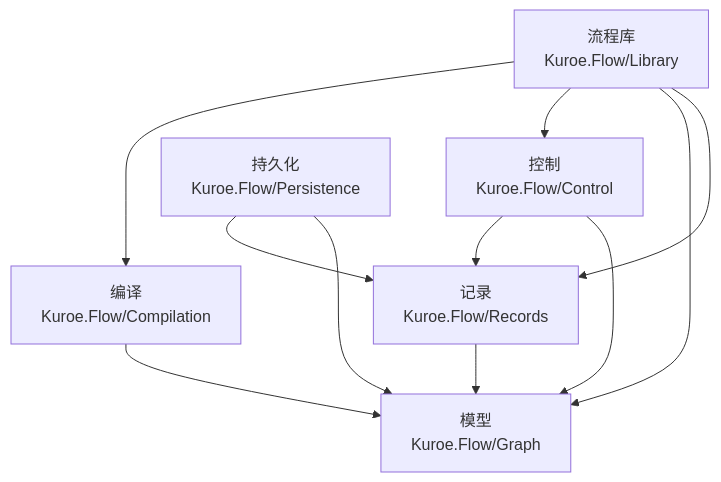
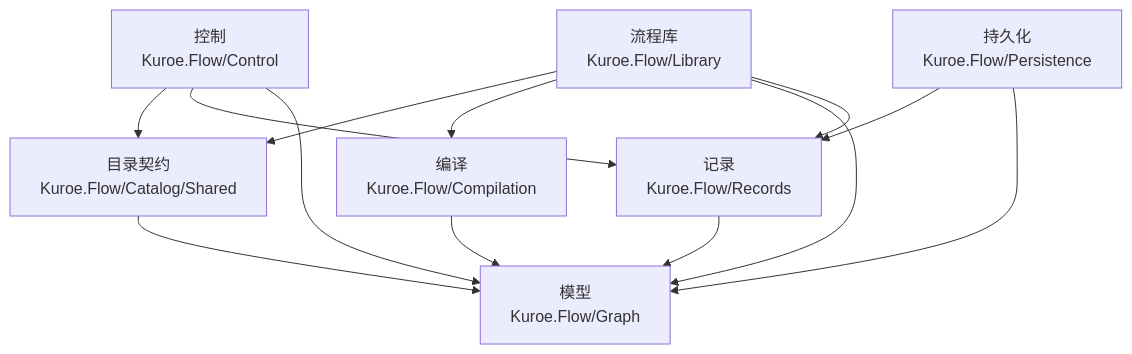
Before and after one commit to DrMelt/Kuroe: the diagram in docs/dev/architecture/functional-boundary/flow/graph/index.md, drawn with Mermaid. The commit also changed other lines of this file and 19 other files, not shown here.

````diff
--- a/docs/dev/architecture/functional-boundary/flow/graph/index.md
+++ b/docs/dev/architecture/functional-boundary/flow/graph/index.md
@@ -5,19 +5,22 @@
 ```mermaid
 flowchart TD
     Records["记录<br>Kuroe.Flow/Records"]
     GraphModel["模型<br>Kuroe.Flow/Graph"]
+    Catalog["目录契约<br>Kuroe.Flow/Catalog/Shared"]
     Compilation["编译<br>Kuroe.Flow/Compilation"]
     Control["控制<br>Kuroe.Flow/Control"]
     Library["流程库<br>Kuroe.Flow/Library"]
     Persistence["持久化<br>Kuroe.Flow/Persistence"]
     Records --> GraphModel
+    Catalog --> GraphModel
     Compilation --> GraphModel
+    Control --> Catalog
     Control --> Records
     Control --> GraphModel
+    Library --> Catalog
     Library --> Compilation
-    Library --> Control
     Library --> GraphModel
     Library --> Records
     Persistence --> Records
     Persistence --> GraphModel
 ```
````
